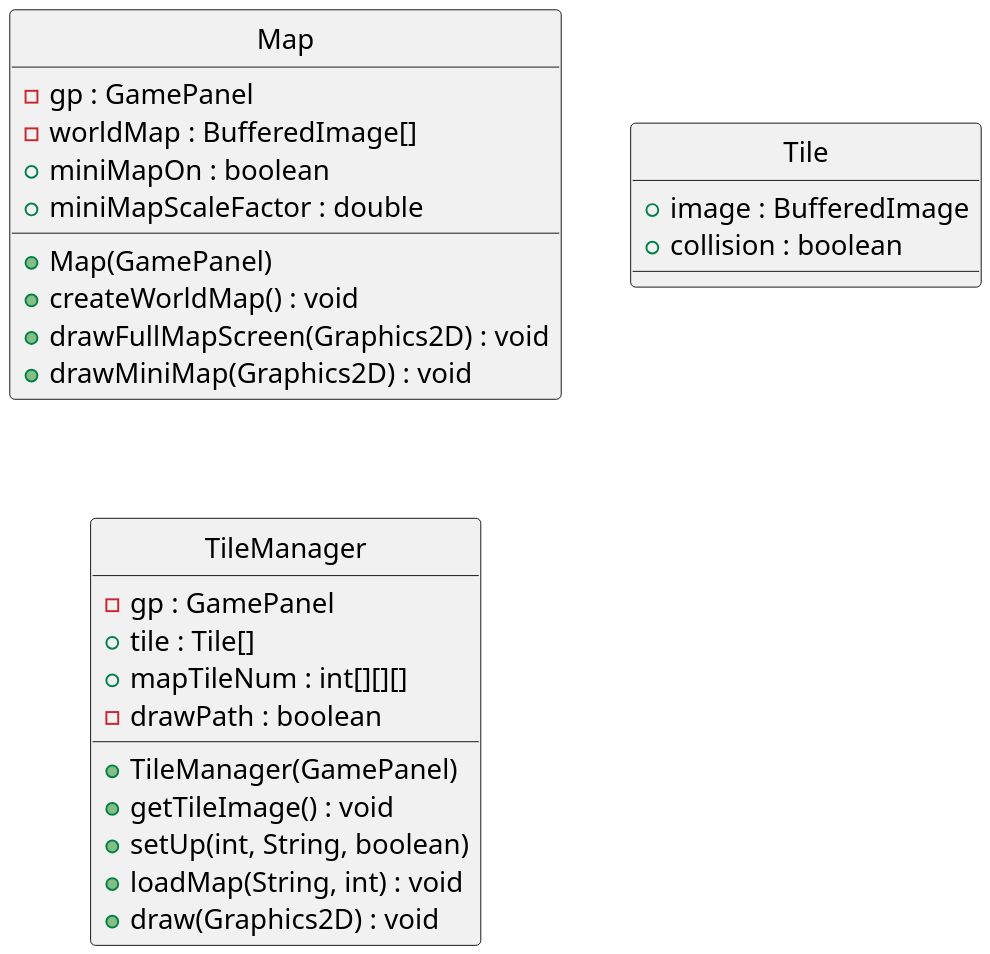
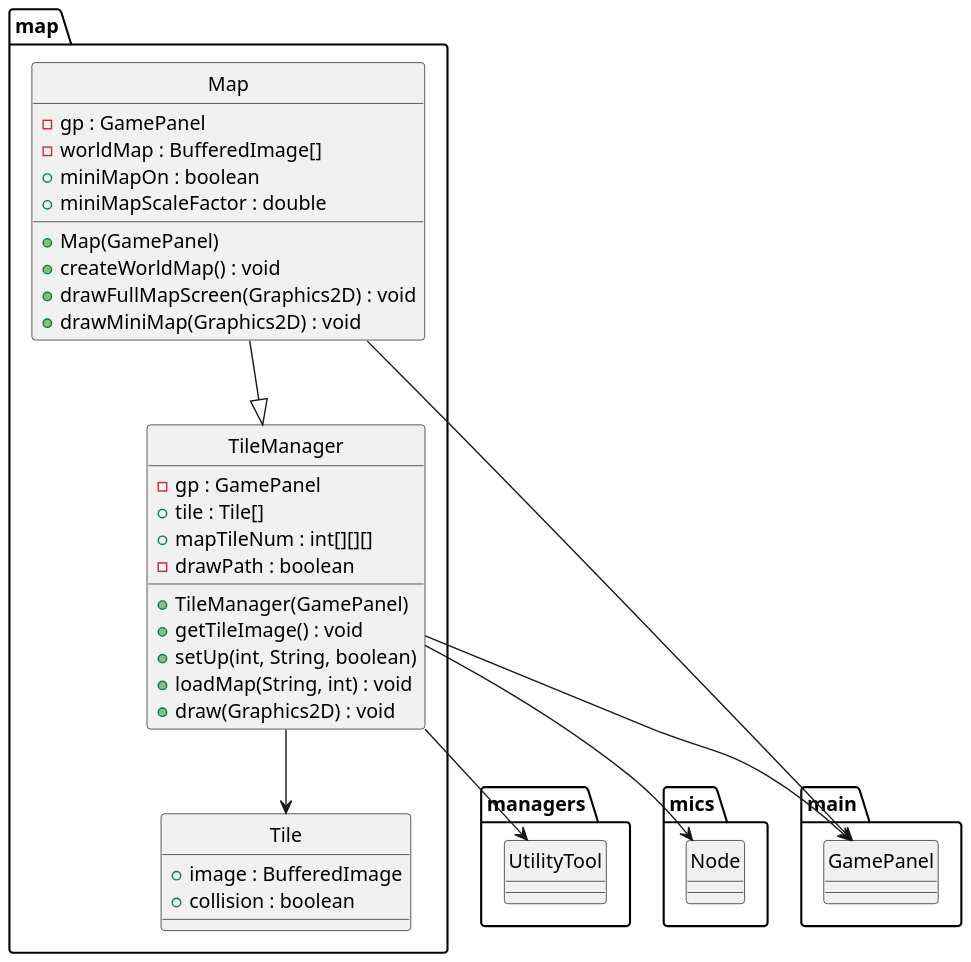
Before and after one commit to notrealqt/HCMIU-Escigma: the diagram in Report/UML/map/map.puml, drawn with PlantUML. The commit also changed 7 other files, not shown here.

Commit message:
Finish UML

```diff
--- a/Report/UML/map/map.puml
+++ b/Report/UML/map/map.puml
@@ -1,34 +1,54 @@
 @startuml "map"
 hide circle
 scale 1920*1080
 
-class Map {
-    - gp : GamePanel
-    - worldMap : BufferedImage[]
-    + miniMapOn : boolean
-    + miniMapScaleFactor : double
-    
-    + Map(GamePanel)
-    + createWorldMap() : void   
-    + drawFullMapScreen(Graphics2D) : void
-    + drawMiniMap(Graphics2D) : void
+package map {
+    class Map {
+        - gp : GamePanel
+        - worldMap : BufferedImage[]
+        + miniMapOn : boolean
+        + miniMapScaleFactor : double
+        
+        + Map(GamePanel)
+        + createWorldMap() : void   
+        + drawFullMapScreen(Graphics2D) : void
+        + drawMiniMap(Graphics2D) : void
+    }
+    class Tile {
+        + image : BufferedImage
+        + collision : boolean
+    }
+    class TileManager {
+        - gp : GamePanel
+        + tile : Tile[]
+        + mapTileNum : int[][][]
+        - drawPath : boolean
+        
+        + TileManager(GamePanel)
+        + getTileImage() : void
+        + setUp(int, String, boolean)
+        + loadMap(String, int) : void
+        + draw(Graphics2D) : void
+    }
 }
-class Tile {
-    + image : BufferedImage
-    + collision : boolean
+
+package main {
+    class GamePanel
 }
-class TileManager {
-    - gp : GamePanel
-    + tile : Tile[]
-    + mapTileNum : int[][][]
-    - drawPath : boolean
-    
-    + TileManager(GamePanel)
-    + getTileImage() : void
-    + setUp(int, String, boolean)
-    + loadMap(String, int) : void
-    + draw(Graphics2D) : void
+package managers{
+    class UtilityTool
 }
+package mics {
+    class Node
+}
+
+Map --|> TileManager
+Map --> GamePanel
+
+TileManager --> Tile
+TileManager --> GamePanel
+TileManager --> Node
+TileManager --> UtilityTool
 
 
 @enduml
```
